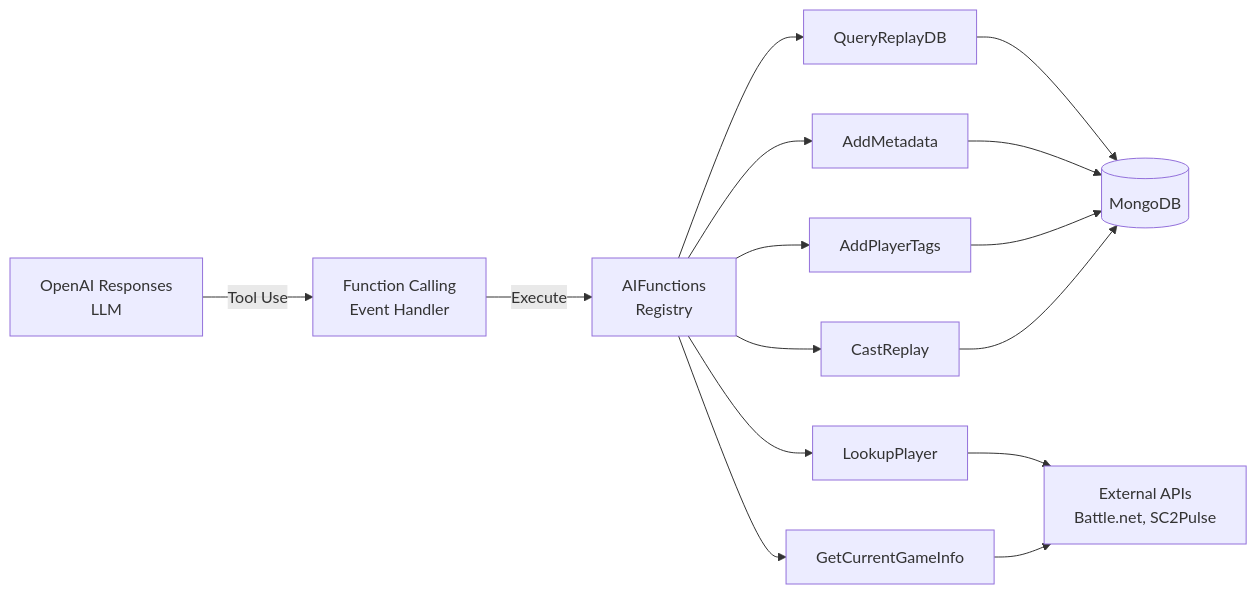
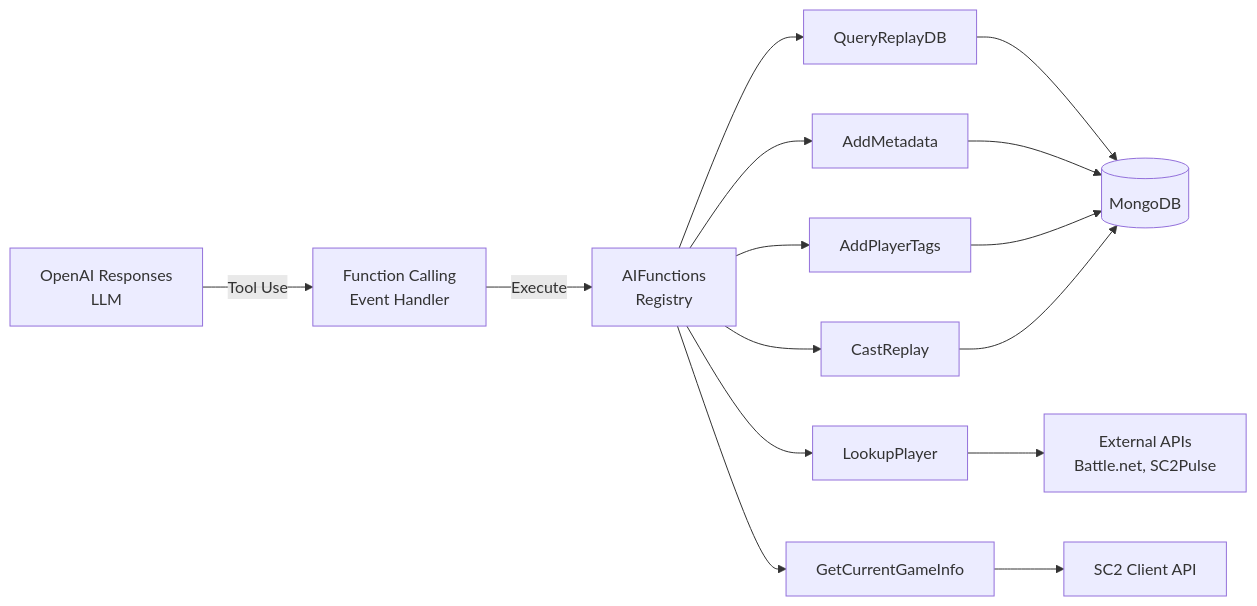
Before and after one commit to manuelseeger/sc2-ai-coach: the third of 7 diagrams in spec/architecture.md, drawn with Mermaid. The commit also changed other lines of this file, not shown here.

````diff
--- a/spec/architecture.md
+++ b/spec/architecture.md
@@ -188,29 +188,30 @@
 ```mermaid
 graph LR
     LLM["OpenAI Responses
     LLM"]
     FC["Function Calling
     Event Handler"]
     AIFuncs["AIFunctions
     Registry"]
     QRP["QueryReplayDB"]
     LP["LookupPlayer"]
     CGI["GetCurrentGameInfo"]
     AM["AddMetadata"]
     APT["AddPlayerTags"]
     CR["CastReplay"]
     DB[(MongoDB)]
     APIs["External APIs
     Battle.net, SC2Pulse"]
+    SC2API["SC2 Client API"]
     
     LLM -->|Tool Use| FC
     FC -->|Execute| AIFuncs
     AIFuncs --> QRP & LP & CGI & AM & APT & CR
     
     QRP --> DB
     LP --> APIs
-    CGI --> APIs
+    CGI --> SC2API
     AM --> DB
     APT --> DB
     CR --> DB
 ```
````
